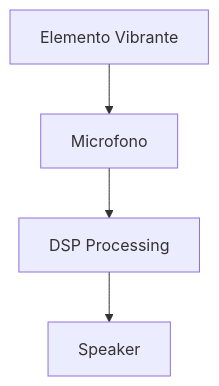
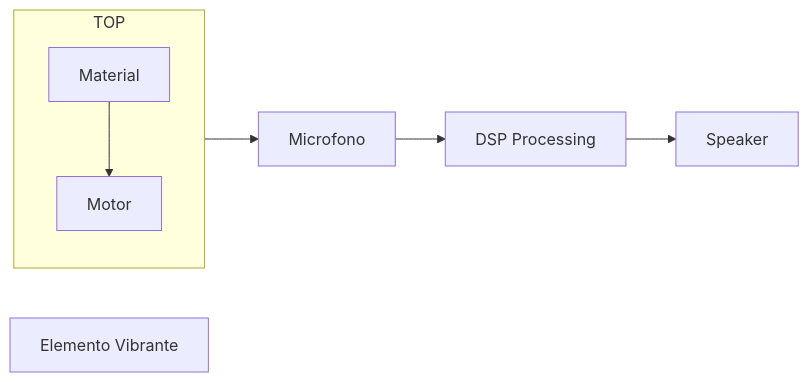
The diagram in README.md (Hortus-Deliciarum/docz), drawn with Mermaid before and after one commit.

Commit message:
update info

````diff
--- a/README.md
+++ b/README.md
@@ -5,9 +5,14 @@
 ```mermaid
-graph TD
+graph LR
     A["Elemento Vibrante"]
     B["Microfono"]
     C["DSP Processing"]
     D["Speaker"]
 
-    A-->B-->C-->D
+    subgraph TOP
+        direction TD
+        Material --> Motor
+    end
+
+    TOP-->B-->C-->D
 ```
````
